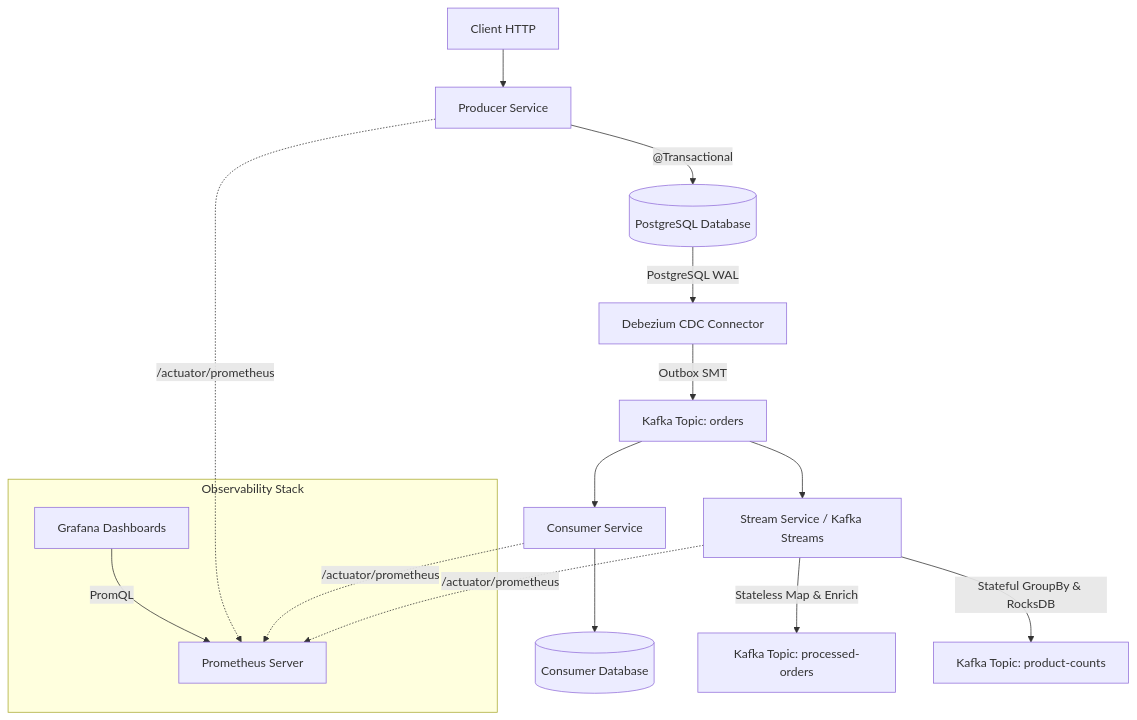
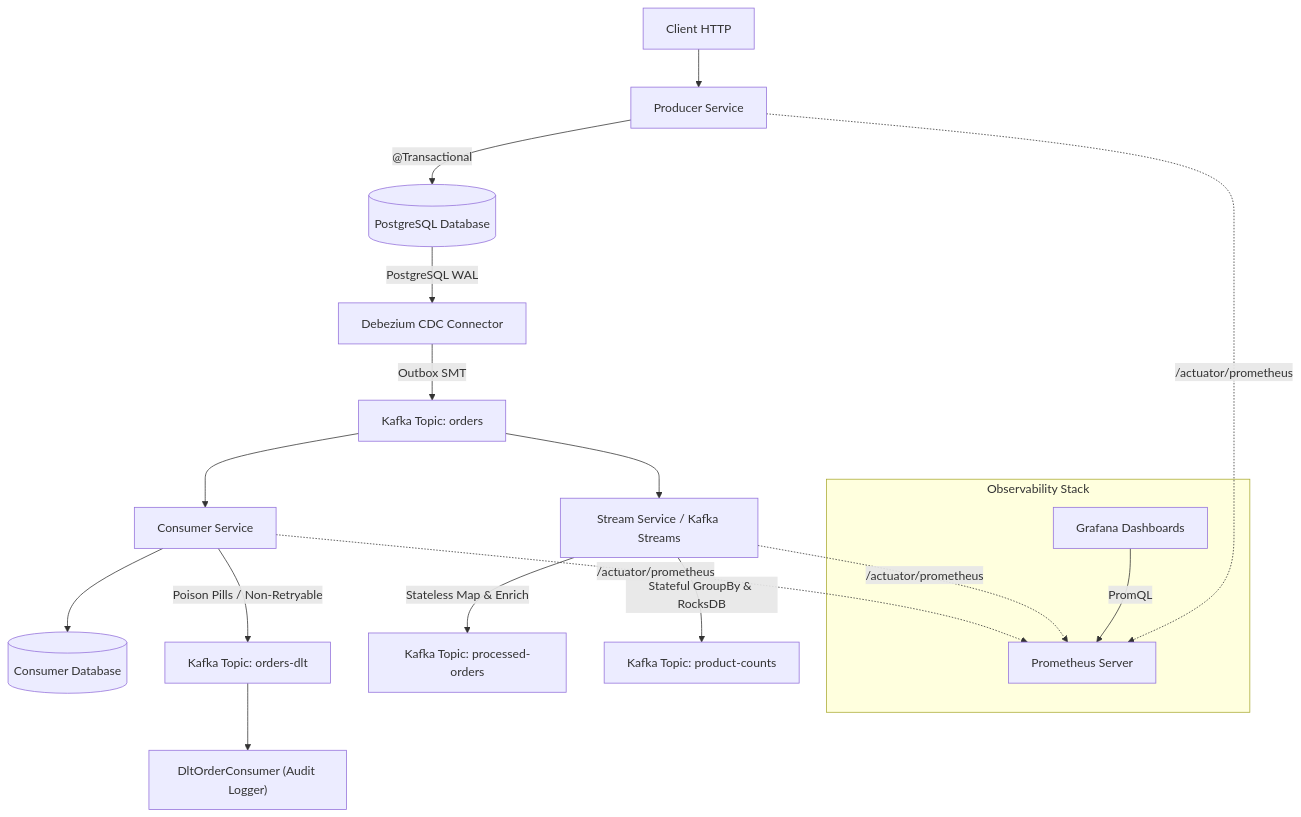
The diagram in README.md (yunusbaskan04/bigdataapp-event_platform-advanced), drawn with Mermaid before and after one commit. The commit also changed other lines of this file and 5 other files, not shown here.

````diff
--- a/README.md
+++ b/README.md
@@ -46,24 +46,26 @@
 ```mermaid
 flowchart TD
     Client[Client HTTP] --> Producer[Producer Service]
     Producer -->|"@Transactional"| DB[(PostgreSQL Database)]
     DB -->|"PostgreSQL WAL"| Debezium[Debezium CDC Connector]
     Debezium -->|"Outbox SMT"| OrdersTopic["Kafka Topic: orders"]
     
     OrdersTopic --> Consumer[Consumer Service]
     Consumer --> ConsumerDB[(Consumer Database)]
+    Consumer -->|"Poison Pills / Non-Retryable"| DLTTopic["Kafka Topic: orders-dlt"]
+    DLTTopic --> DLTConsumer["DltOrderConsumer (Audit Logger)"]
 
     OrdersTopic --> Stream["Stream Service / Kafka Streams"]
     Stream -->|"Stateless Map & Enrich"| ProcessedTopic["Kafka Topic: processed-orders"]
     Stream -->|"Stateful GroupBy & RocksDB"| CountsTopic["Kafka Topic: product-counts"]
 
     subgraph Observability ["Observability Stack"]
         Prometheus[Prometheus Server]
         Grafana[Grafana Dashboards]
         Grafana -->|"PromQL"| Prometheus
     end
 
     Producer -.->|"/actuator/prometheus"| Prometheus
     Consumer -.->|"/actuator/prometheus"| Prometheus
     Stream -.->|"/actuator/prometheus"| Prometheus
 ```
````
